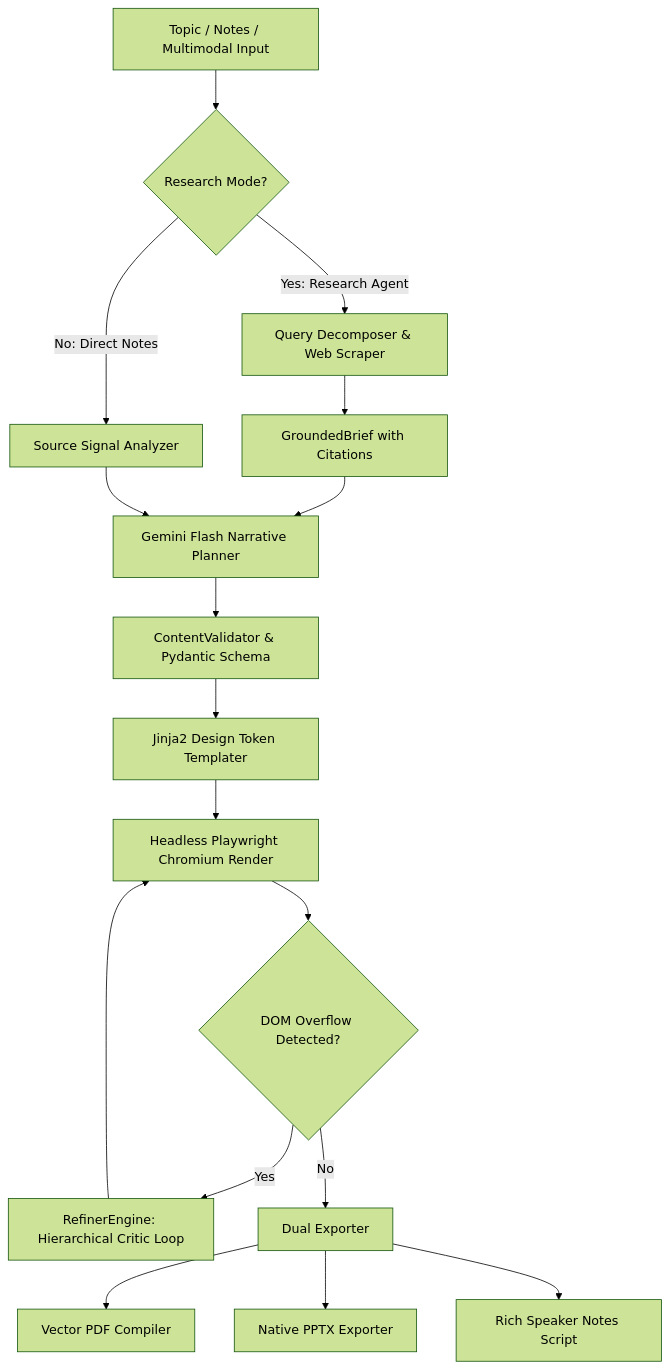
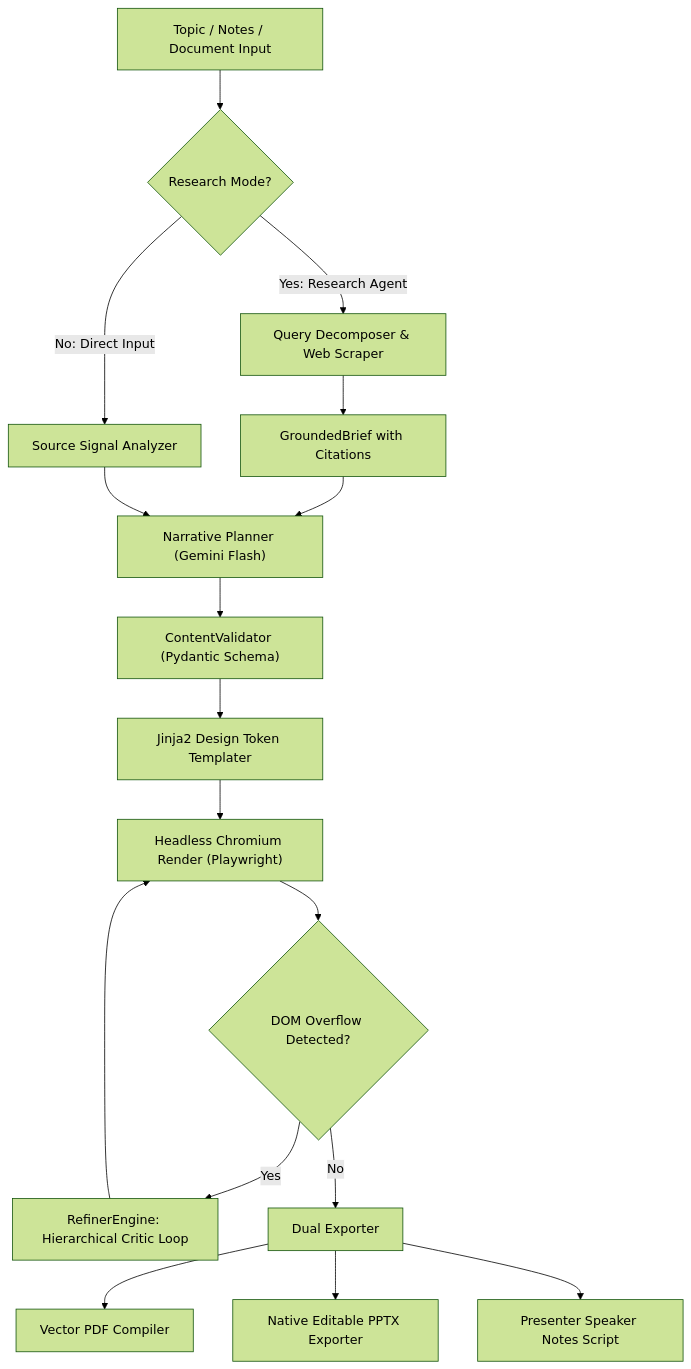
Before and after one commit to vedant-asati/ai-ppt-maker: the diagram in README.md, drawn with Mermaid (forest theme). The commit also changed other lines of this file and 5 other files, not shown here.

````diff
--- a/README.md
+++ b/README.md
@@ -172,19 +148,19 @@
 ```mermaid
 flowchart TD
-    A["Topic / Notes / Multimodal Input"] --> B{"Research Mode?"}
+    A["Topic / Notes / Document Input"] --> B{"Research Mode?"}
     B -->|"Yes: Research Agent"| C["Query Decomposer & Web Scraper"]
     C --> D["GroundedBrief with Citations"]
-    B -->|"No: Direct Notes"| E["Source Signal Analyzer"]
-    D --> F["Gemini Flash Narrative Planner"]
+    B -->|"No: Direct Input"| E["Source Signal Analyzer"]
+    D --> F["Narrative Planner (Gemini Flash)"]
     E --> F
-    F --> G["ContentValidator & Pydantic Schema"]
+    F --> G["ContentValidator (Pydantic Schema)"]
     G --> H["Jinja2 Design Token Templater"]
-    H --> I["Headless Playwright Chromium Render"]
+    H --> I["Headless Chromium Render (Playwright)"]
     I --> J{"DOM Overflow Detected?"}
     J -->|"Yes"| K["RefinerEngine: Hierarchical Critic Loop"]
     K --> I
     J -->|"No"| L["Dual Exporter"]
     L --> M["Vector PDF Compiler"]
-    L --> N["Native PPTX Exporter"]
-    L --> O["Rich Speaker Notes Script"]
+    L --> N["Native Editable PPTX Exporter"]
+    L --> O["Presenter Speaker Notes Script"]
 ```
````
